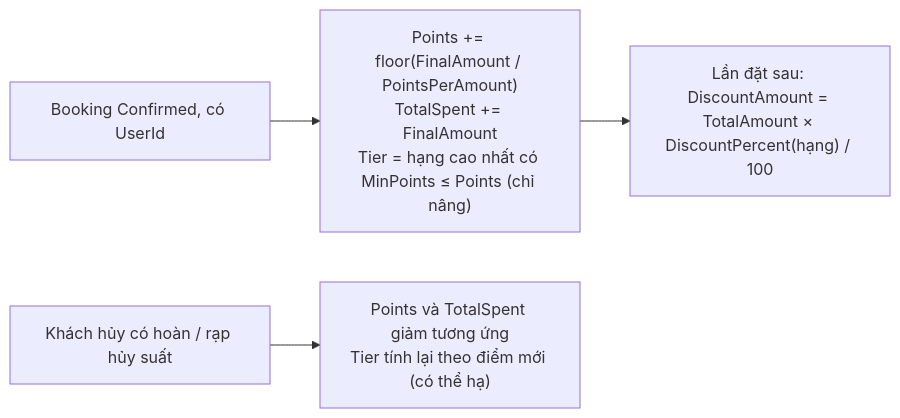
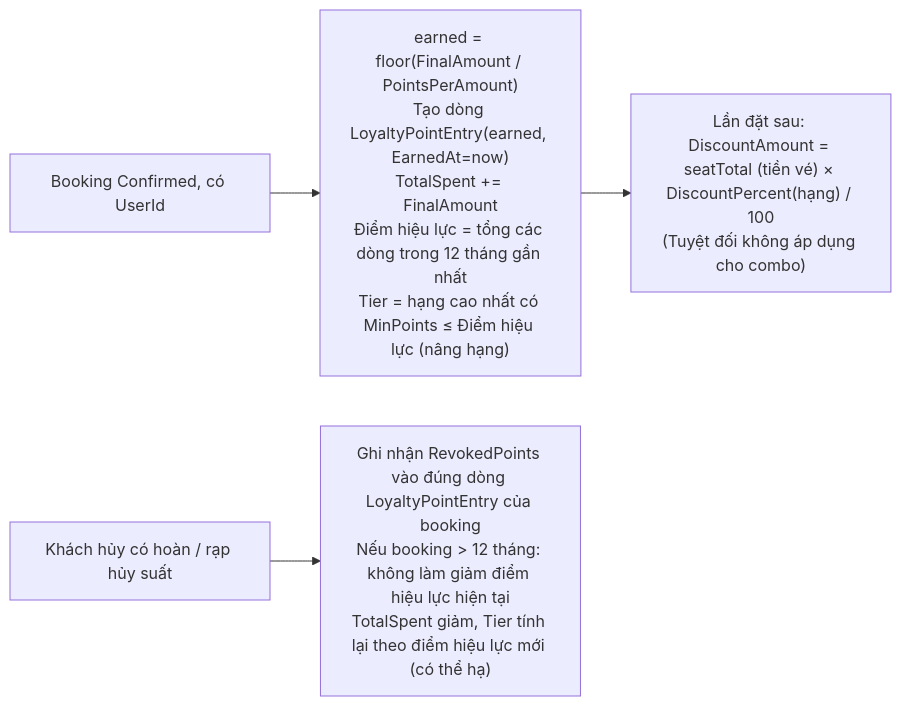
Diagram 15 of 15 in docs/BUSINESS_OVERVIEW.md (nguyenhiennnnn/cinema-v2), drawn with Mermaid before and after one commit. The commit also changed other lines of this file and 6 other files, not shown here.

````diff
--- a/docs/BUSINESS_OVERVIEW.md
+++ b/docs/BUSINESS_OVERVIEW.md
@@ -1419,6 +1463,6 @@
 ```mermaid
 flowchart LR
-  C[Booking Confirmed, có UserId] --> A["Points += floor(FinalAmount / PointsPerAmount)<br/>TotalSpent += FinalAmount<br/>Tier = hạng cao nhất có MinPoints ≤ Points (chỉ nâng)"]
-  R[Khách hủy có hoàn / rạp hủy suất] --> V["Points và TotalSpent giảm tương ứng<br/>Tier tính lại theo điểm mới (có thể hạ)"]
-  A --> D["Lần đặt sau: DiscountAmount = TotalAmount × DiscountPercent(hạng) / 100"]
+  C[Booking Confirmed, có UserId] --> A["earned = floor(FinalAmount / PointsPerAmount)<br/>Tạo dòng LoyaltyPointEntry(earned, EarnedAt=now)<br/>TotalSpent += FinalAmount<br/>Điểm hiệu lực = tổng các dòng trong 12 tháng gần nhất<br/>Tier = hạng cao nhất có MinPoints ≤ Điểm hiệu lực (nâng hạng)"]
+  R[Khách hủy có hoàn / rạp hủy suất] --> V["Ghi nhận RevokedPoints vào đúng dòng LoyaltyPointEntry của booking<br/>Nếu booking > 12 tháng: không làm giảm điểm hiệu lực hiện tại<br/>TotalSpent giảm, Tier tính lại theo điểm hiệu lực mới (có thể hạ)"]
+  A --> D["Lần đặt sau: DiscountAmount = seatTotal (tiền vé) × DiscountPercent(hạng) / 100<br/>(Tuyệt đối không áp dụng cho combo)"]
 ```
````
